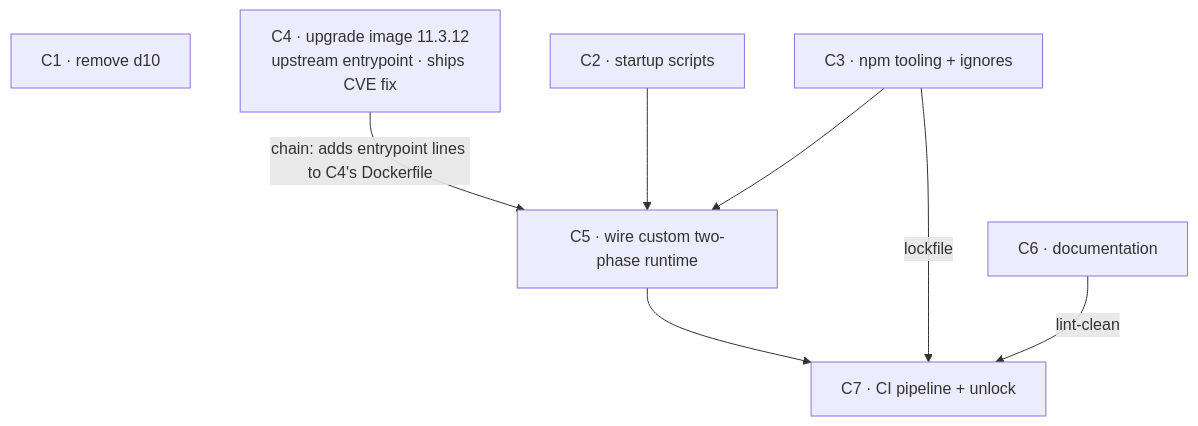
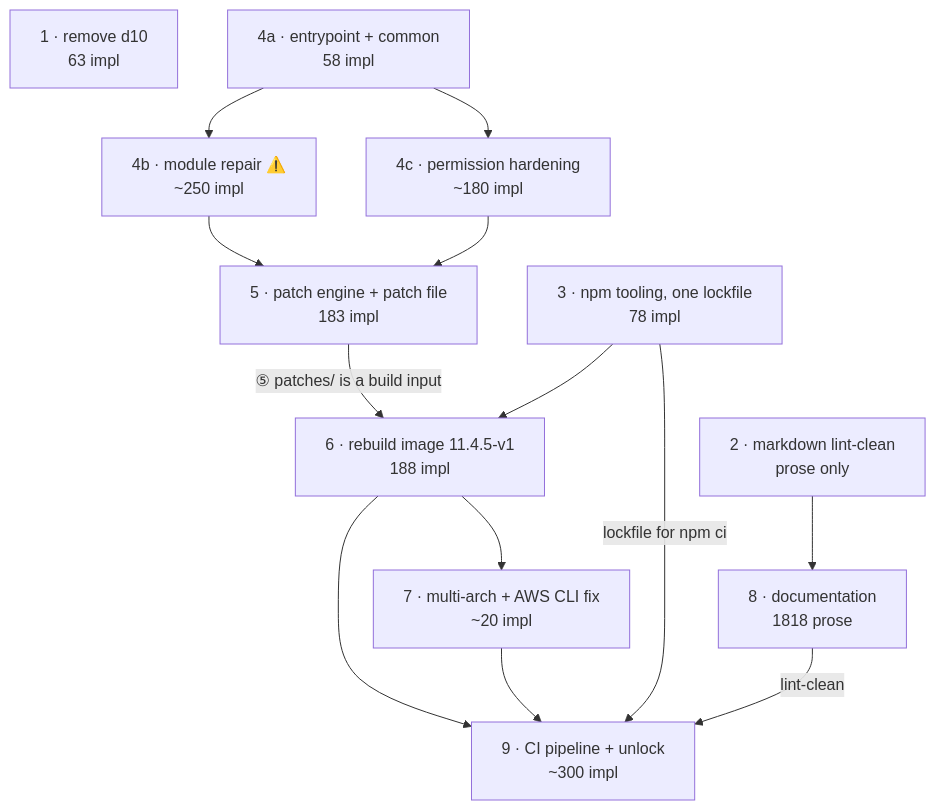
One commit to scbd/drupal-docker-wrapper changed the second of 2 diagrams in docs/seam-review.md. Above: the diagram before and after it, drawn with Mermaid. The commit also changed other lines of this file, not shown here.

````diff
--- a/docs/seam-review.md
+++ b/docs/seam-review.md
@@ -223,16 +319,26 @@
 ```mermaid
 flowchart TD
-    C1[C1 · remove d10]
-    C2[C2 · startup scripts]
-    C3[C3 · npm tooling + ignores]
-    C4[C4 · upgrade image 11.3.12<br/>upstream entrypoint · ships CVE fix]
-    C5[C5 · wire custom two-phase runtime]
-    C6[C6 · documentation]
-    C7[C7 · CI pipeline + unlock]
-    C4 -- "chain: adds entrypoint lines to C4's Dockerfile" --> C5
-    C2 --> C5
-    C3 --> C5
-    C5 --> C7
-    C3 -- "lockfile" --> C7
-    C6 -- "lint-clean" --> C7
+    P1[1 · remove d10<br/>63 impl]
+    P2[2 · markdown lint-clean<br/>prose only]
+    P3[3 · npm tooling, one lockfile<br/>78 impl]
+    P4A[4a · entrypoint + common<br/>58 impl]
+    P4B[4b · module repair ⚠️<br/>~250 impl]
+    P4C[4c · permission hardening<br/>~180 impl]
+    P5[5 · patch engine + patch file<br/>183 impl]
+    P6[6 · rebuild image 11.4.5-v1<br/>188 impl]
+    P7[7 · multi-arch + AWS CLI fix<br/>~20 impl]
+    P8[8 · documentation<br/>1818 prose]
+    P9[9 · CI pipeline + unlock<br/>~300 impl]
+    P4A --> P4B
+    P4A --> P4C
+    P4B --> P5
+    P4C --> P5
+    P5 -- "⑤ patches/ is a build input" --> P6
+    P3 --> P6
+    P6 --> P7
+    P2 --> P8
+    P6 --> P9
+    P7 --> P9
+    P3 -- "lockfile for npm ci" --> P9
+    P8 -- "lint-clean" --> P9
 ```
````
